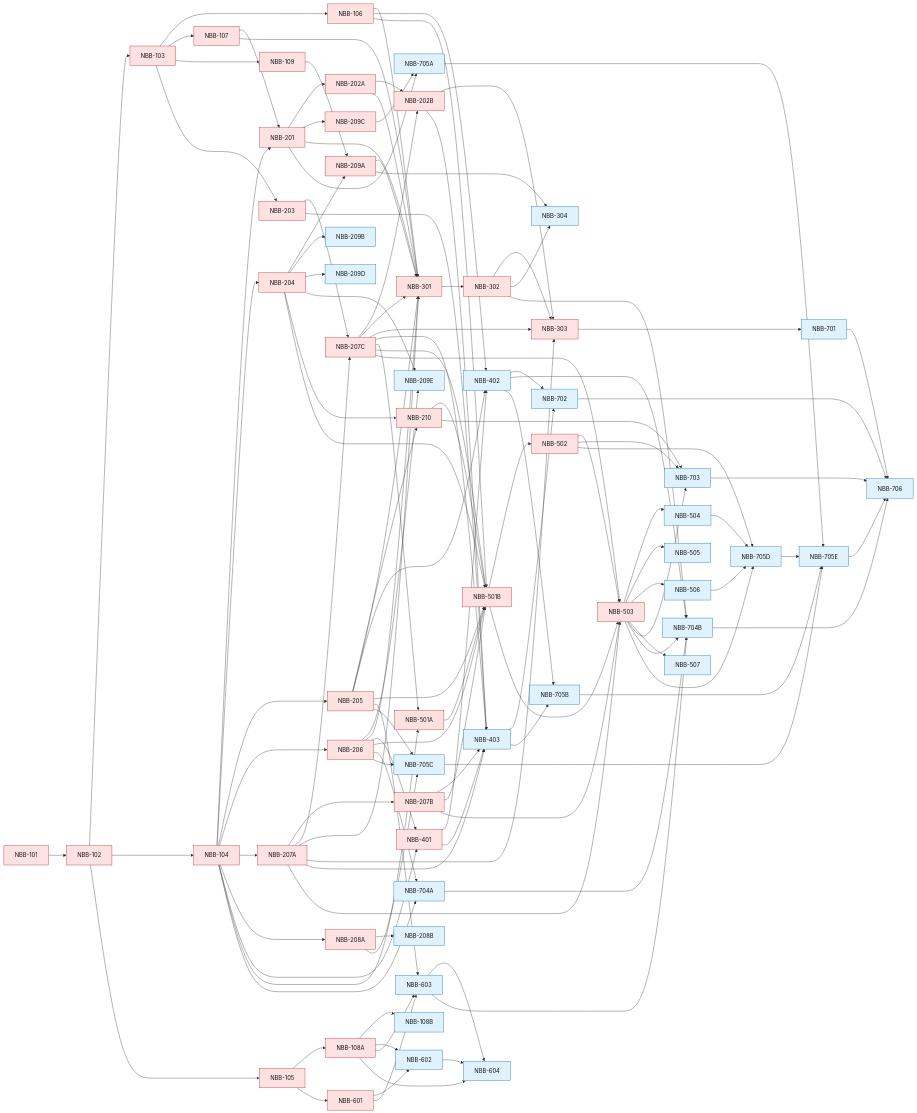
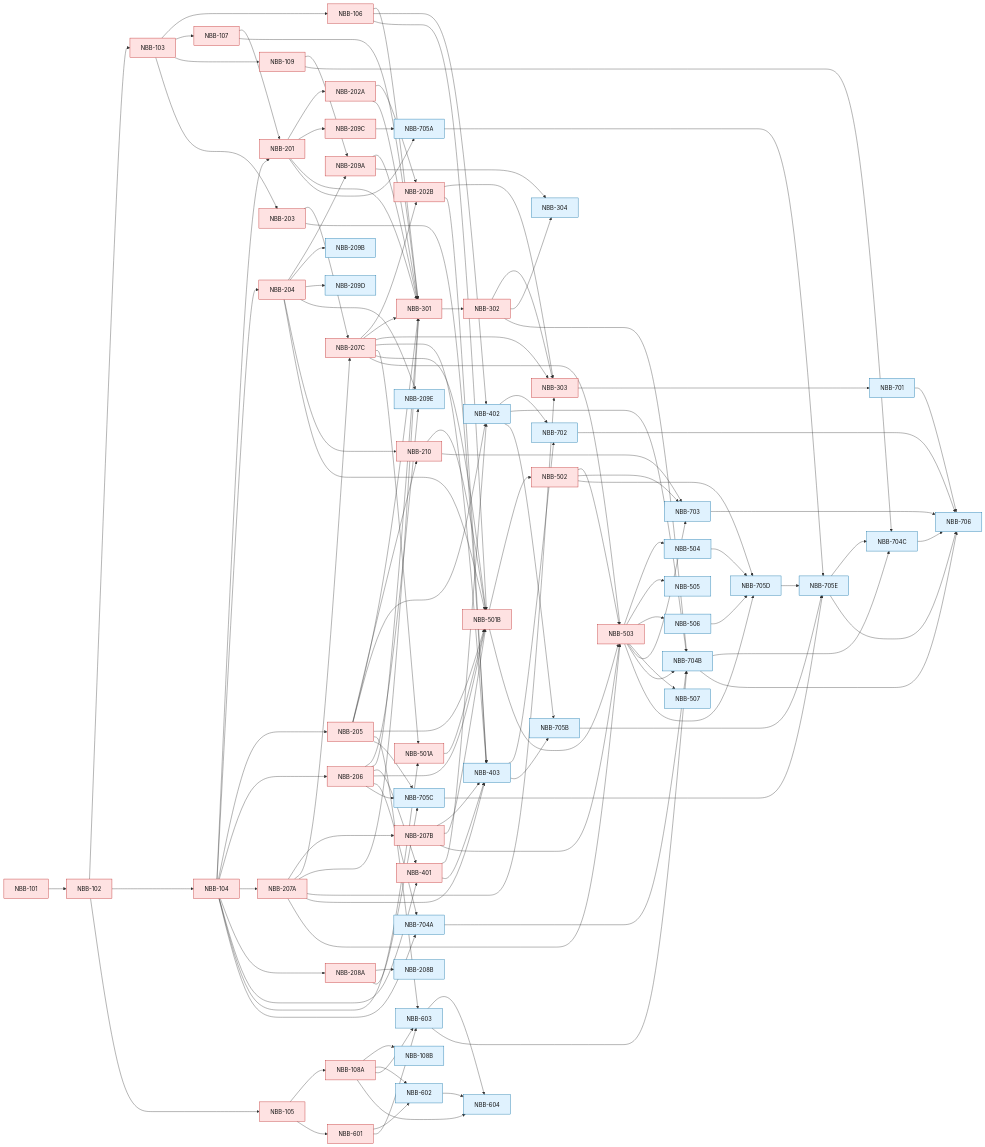
One commit to sour4bh/NoobBook changed the first of 2 diagrams in docs/tickets/GRAPH.md. Above: the diagram before and after it, drawn with Mermaid. The commit also changed other lines of this file and 10 other files, not shown here.

Commit message:
Patch ticket graph audit gaps

````diff
--- a/docs/tickets/GRAPH.md
+++ b/docs/tickets/GRAPH.md
@@ -180,6 +181,11 @@
   NBB402 --> NBB704B
   NBB503 --> NBB704B
   NBB603 --> NBB704B
+  NBB704C["NBB-704C"]:::p1
+  NBB704B --> NBB704C
+  NBB109 --> NBB704C
+  NBB705E["NBB-705E"]:::p1
+  NBB705E --> NBB704C
   NBB705A["NBB-705A"]:::p1
   NBB201 --> NBB705A
   NBB209C --> NBB705A
@@ -195,7 +201,6 @@
   NBB503 --> NBB705D
   NBB504 --> NBB705D
   NBB506 --> NBB705D
-  NBB705E["NBB-705E"]:::p1
   NBB705A --> NBB705E
   NBB705B --> NBB705E
   NBB705C --> NBB705E
@@ -205,5 +210,6 @@
   NBB702 --> NBB706
   NBB703 --> NBB706
   NBB704B --> NBB706
+  NBB704C --> NBB706
   NBB705E --> NBB706
 ```
````
